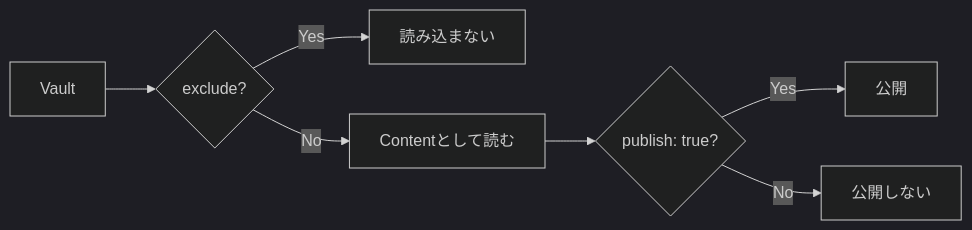
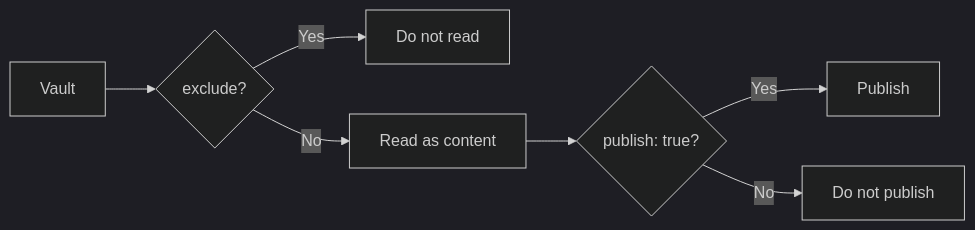
The fourth of 7 diagrams in docs/docs/guides/obsidian.md (Rerurate514/riebeckite), drawn with Mermaid (dark theme) before and after one commit. The commit also changed other lines of this file and 604 other files, not shown here.

````diff
--- a/docs/docs/guides/obsidian.md
+++ b/docs/docs/guides/obsidian.md
@@ -323,12 +320,12 @@
-```mermaid id="0q16fr"
+```mermaid
 flowchart LR
     Vault["Vault"]
 
     Vault --> Exclude{"exclude?"}
-    Exclude -->|"Yes"| Ignore["読み込まない"]
-    Exclude -->|"No"| Read["Contentとして読む"]
+    Exclude -->|"Yes"| Ignore["Do not read"]
+    Exclude -->|"No"| Read["Read as content"]
 
     Read --> Publish{"publish: true?"}
-    Publish -->|"Yes"| Public["公開"]
-    Publish -->|"No"| Private["公開しない"]
+    Publish -->|"Yes"| Public["Publish"]
+    Publish -->|"No"| Private["Do not publish"]
 ```
````
